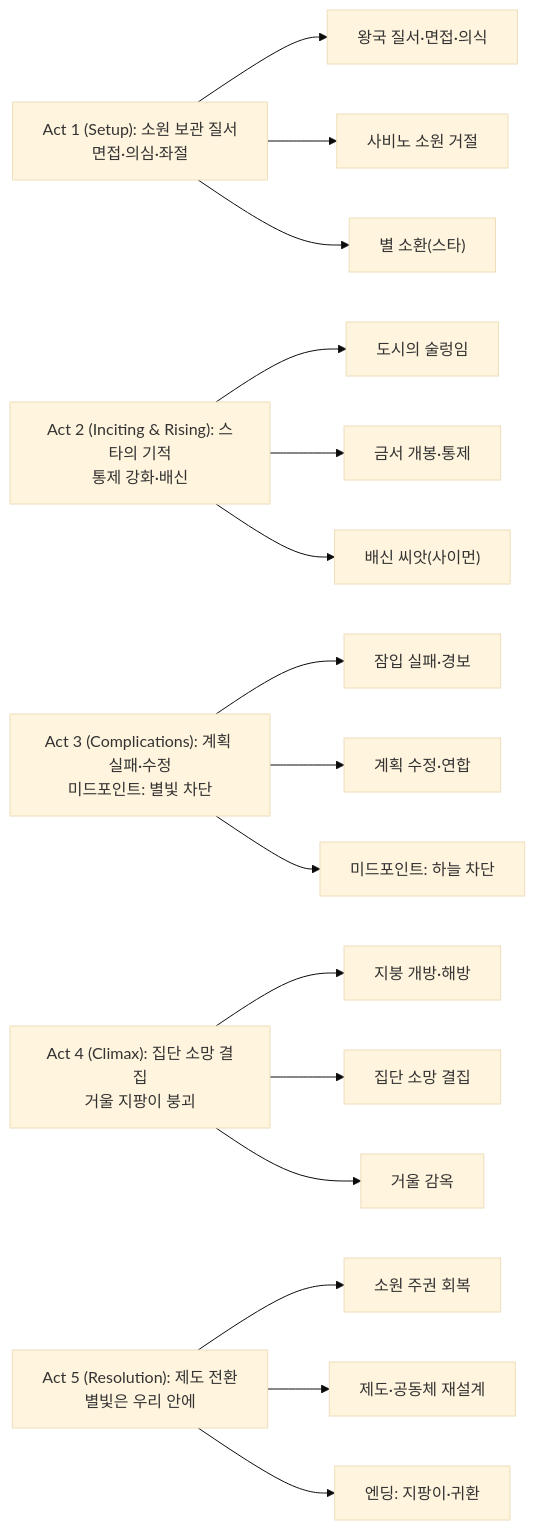
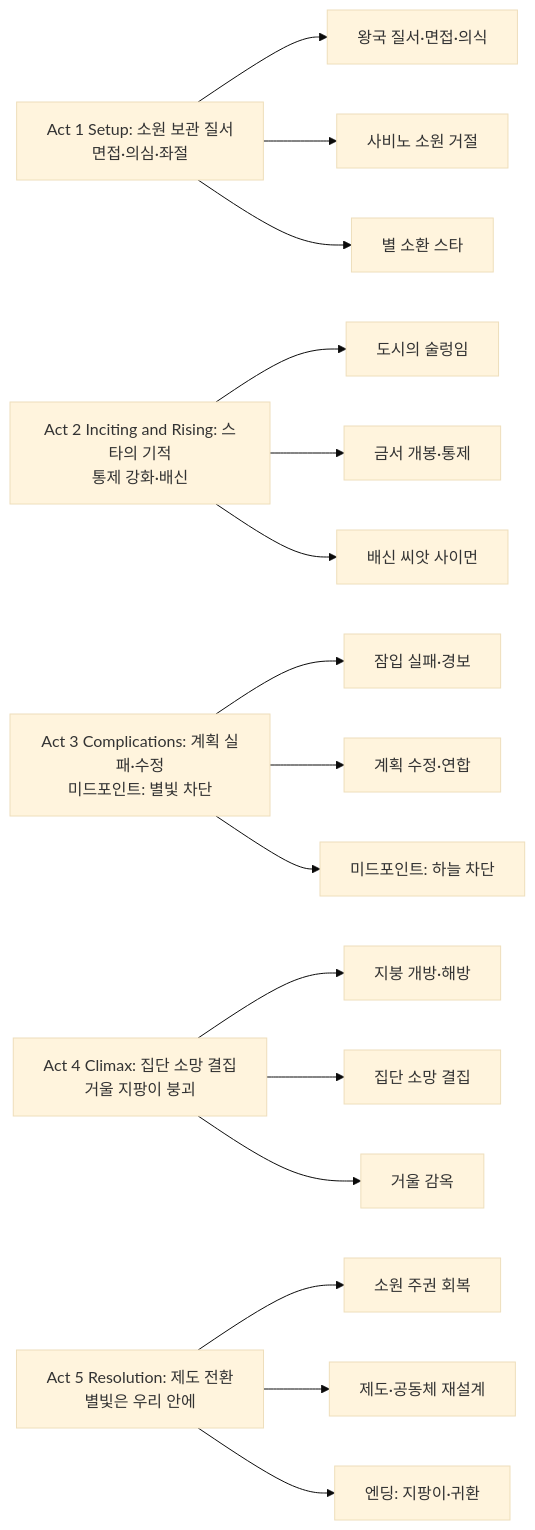
The diagram in content/collection/Movies/2024/2024-01-28-wish-2024/index.md (42jerrykim/42jerrykim.github.io), drawn with Mermaid (base theme) before and after one commit. The commit also changed other lines of this file and 15 other files, not shown here.

````diff
--- a/content/collection/Movies/2024/2024-01-28-wish-2024/index.md
+++ b/content/collection/Movies/2024/2024-01-28-wish-2024/index.md
@@ -149,23 +108,23 @@
 ```mermaid
 flowchart LR
-    A["Act 1 (Setup): 소원 보관 질서<br/>면접·의심·좌절"]
-    B["Act 2 (Inciting & Rising): 스타의 기적<br/>통제 강화·배신"]
-    C["Act 3 (Complications): 계획 실패·수정<br/>미드포인트: 별빛 차단"]
-    D["Act 4 (Climax): 집단 소망 결집<br/>거울 지팡이 붕괴"]
-    E["Act 5 (Resolution): 제도 전환<br/>별빛은 우리 안에"]
-    A --> A1["왕국 질서·면접·의식"]
-    A --> A2["사비노 소원 거절"]
-    A --> A3["별 소환(스타)"]
-    B --> B1["도시의 술렁임"]
-    B --> B2["금서 개봉·통제"]
-    B --> B3["배신 씨앗(사이먼)"]
-    C --> C1["잠입 실패·경보"]
-    C --> C2["계획 수정·연합"]
-    C --> C3["미드포인트: 하늘 차단"]
-    D --> D1["지붕 개방·해방"]
-    D --> D2["집단 소망 결집"]
-    D --> D3["거울 감옥"]
-    E --> E1["소원 주권 회복"]
-    E --> E2["제도·공동체 재설계"]
-    E --> E3["엔딩: 지팡이·귀환"]
+    Act1["Act 1 Setup: 소원 보관 질서</br>면접·의심·좌절"]
+    Act2["Act 2 Inciting and Rising: 스타의 기적</br>통제 강화·배신"]
+    Act3["Act 3 Complications: 계획 실패·수정</br>미드포인트: 별빛 차단"]
+    Act4["Act 4 Climax: 집단 소망 결집</br>거울 지팡이 붕괴"]
+    Act5["Act 5 Resolution: 제도 전환</br>별빛은 우리 안에"]
+    Act1 --> Act1a["왕국 질서·면접·의식"]
+    Act1 --> Act1b["사비노 소원 거절"]
+    Act1 --> Act1c["별 소환 스타"]
+    Act2 --> Act2a["도시의 술렁임"]
+    Act2 --> Act2b["금서 개봉·통제"]
+    Act2 --> Act2c["배신 씨앗 사이먼"]
+    Act3 --> Act3a["잠입 실패·경보"]
+    Act3 --> Act3b["계획 수정·연합"]
+    Act3 --> Act3c["미드포인트: 하늘 차단"]
+    Act4 --> Act4a["지붕 개방·해방"]
+    Act4 --> Act4b["집단 소망 결집"]
+    Act4 --> Act4c["거울 감옥"]
+    Act5 --> Act5a["소원 주권 회복"]
+    Act5 --> Act5b["제도·공동체 재설계"]
+    Act5 --> Act5c["엔딩: 지팡이·귀환"]
 ```
````
